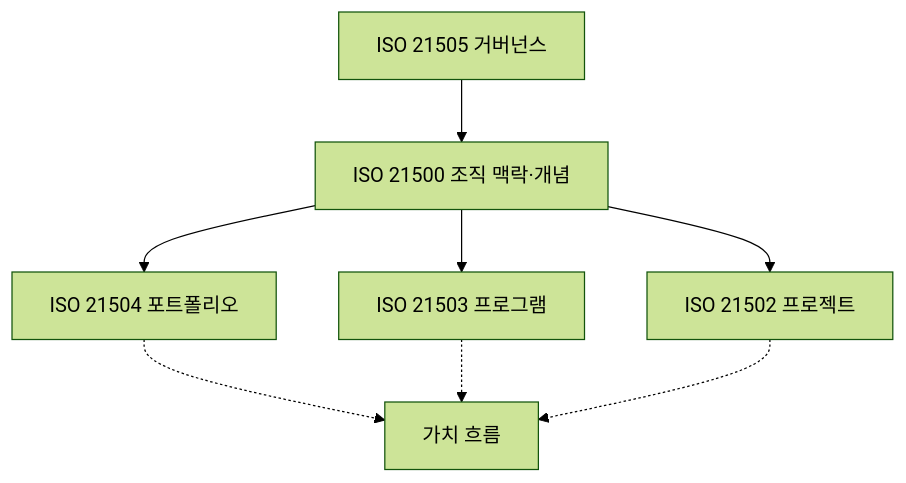
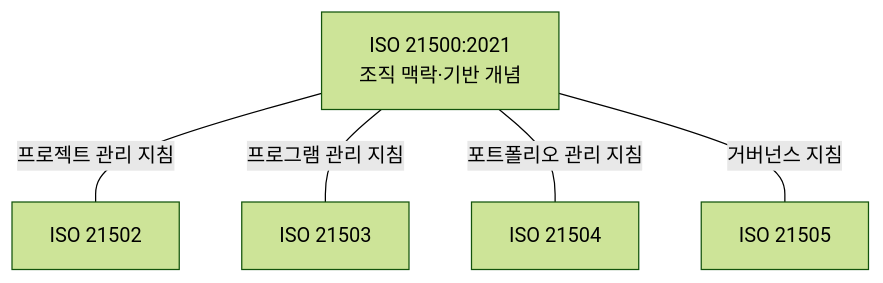
The second of 3 diagrams in src/content/docs/notes/itpe/01-it-strategy/043_iso_21500.md (agnusdei1207/study), drawn with Mermaid (forest theme) before and after one commit. The commit also changed other lines of this file and 5 other files, not shown here.

````diff
--- a/src/content/docs/notes/itpe/01-it-strategy/043_iso_21500.md
+++ b/src/content/docs/notes/itpe/01-it-strategy/043_iso_21500.md
@@ -92,10 +100,7 @@
 ```mermaid
 flowchart TD
-    G["ISO 21505 거버넌스"] --> C["ISO 21500 조직 맥락·개념"]
-    C --> P4["ISO 21504 포트폴리오"]
-    C --> P3["ISO 21503 프로그램"]
-    C --> P2["ISO 21502 프로젝트"]
-    P4 -.-> VF["가치 흐름"]
-    P3 -.-> VF
-    P2 -.-> VF
+    C["ISO 21500:2021<br/>조직 맥락·기반 개념"] ---|"프로젝트 관리 지침"| P2["ISO 21502"]
+    C ---|"프로그램 관리 지침"| P3["ISO 21503"]
+    C ---|"포트폴리오 관리 지침"| P4["ISO 21504"]
+    C ---|"거버넌스 지침"| P5["ISO 21505"]
 ```
````
